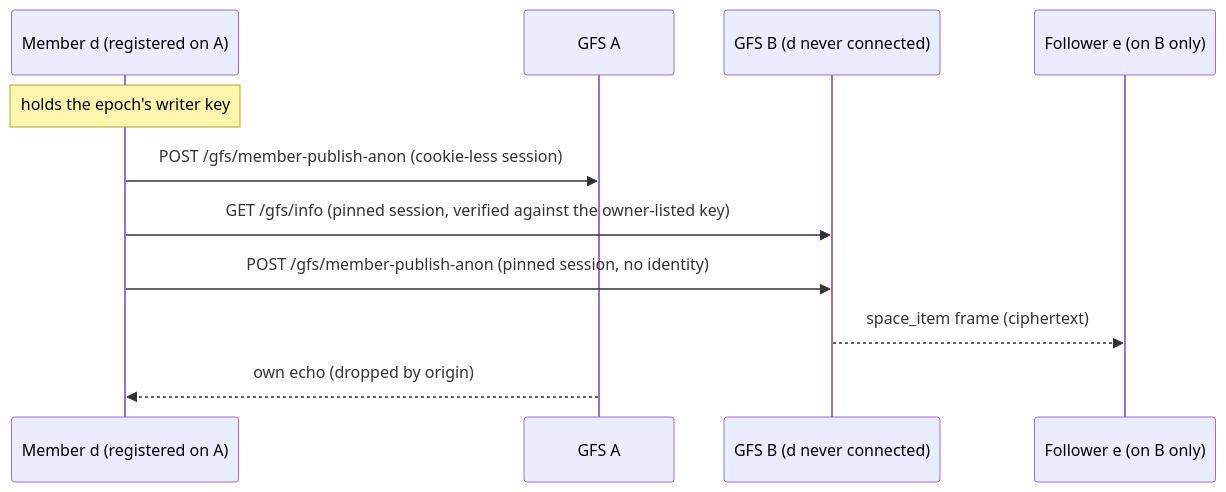
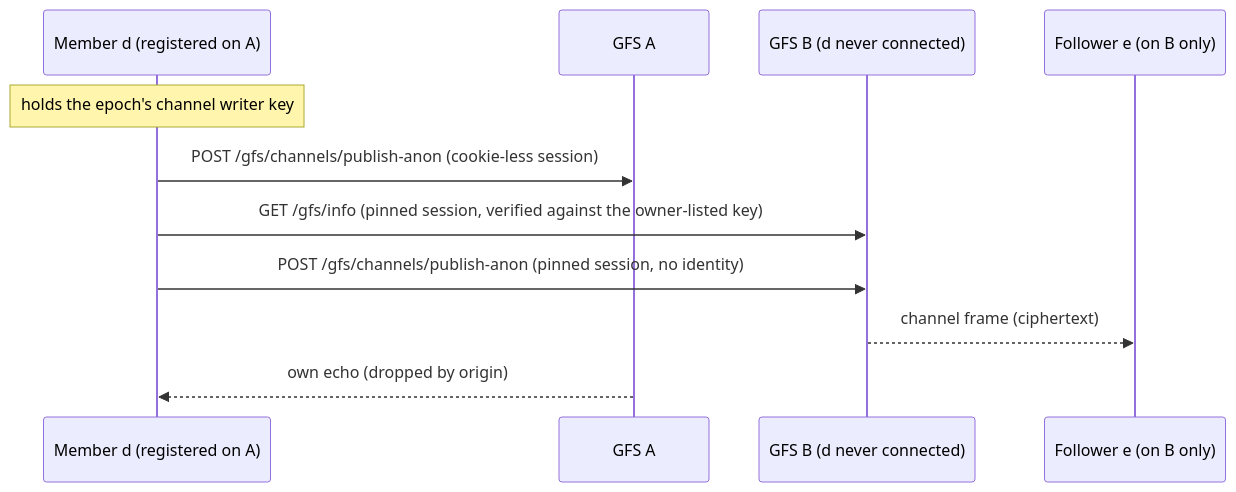
One commit to social-home-io/socialhome changed the eighth of 10 diagrams in docs/protocol/discovery.md. Above: the diagram before and after it, drawn with Mermaid. The commit also changed other lines of this file and 447 other files, not shown here.

First line of the commit message:
Follow any public or global space with one read-only seat, on every path — and step up to member when you want (#1434)

````diff
--- a/docs/protocol/discovery.md
+++ b/docs/protocol/discovery.md
@@ -3672,13 +2285,13 @@
 ```mermaid
 sequenceDiagram
     participant D as Member d (registered on A)
     participant A as GFS A
     participant B as GFS B (d never connected)
     participant E as Follower e (on B only)
-    Note over D: holds the epoch's writer key
-    D->>A: POST /gfs/member-publish-anon (cookie-less session)
+    Note over D: holds the epoch's channel writer key
+    D->>A: POST /gfs/channels/publish-anon (cookie-less session)
     D->>B: GET /gfs/info (pinned session, verified against the owner-listed key)
-    D->>B: POST /gfs/member-publish-anon (pinned session, no identity)
-    B-->>E: space_item frame (ciphertext)
+    D->>B: POST /gfs/channels/publish-anon (pinned session, no identity)
+    B-->>E: channel frame (ciphertext)
     A-->>D: own echo (dropped by origin)
 ```
````
